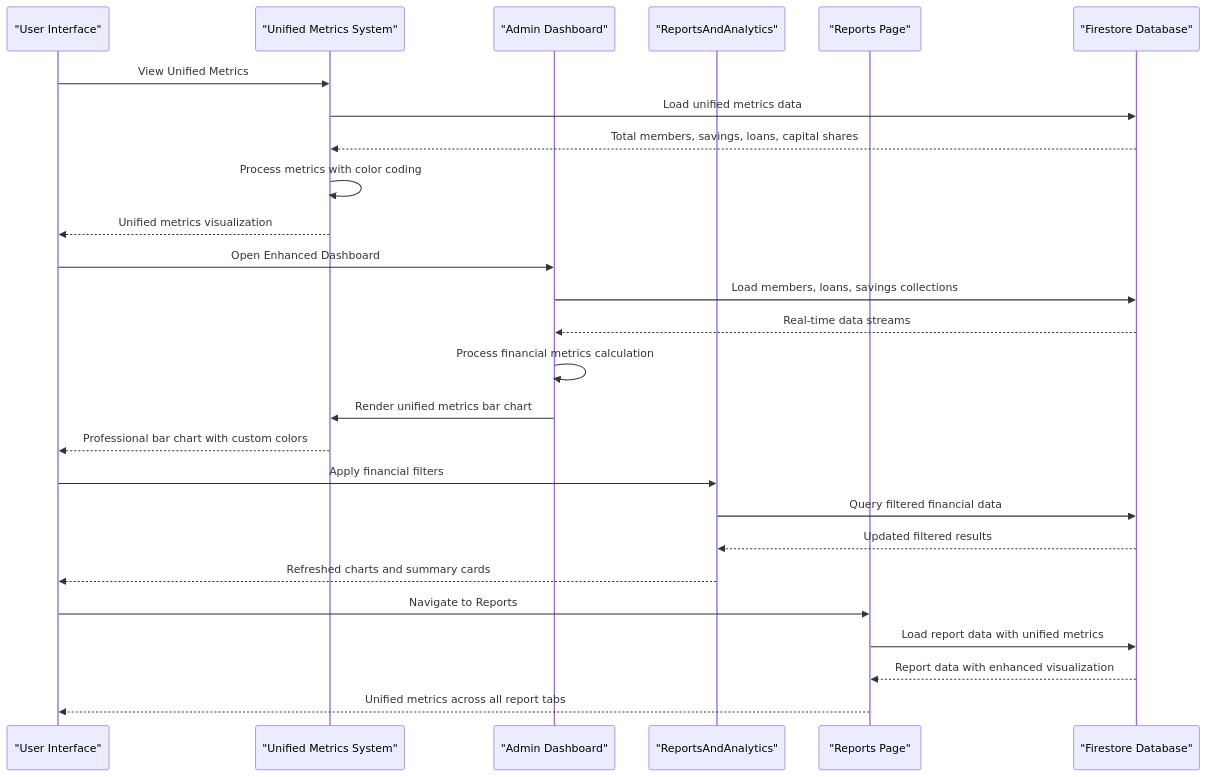
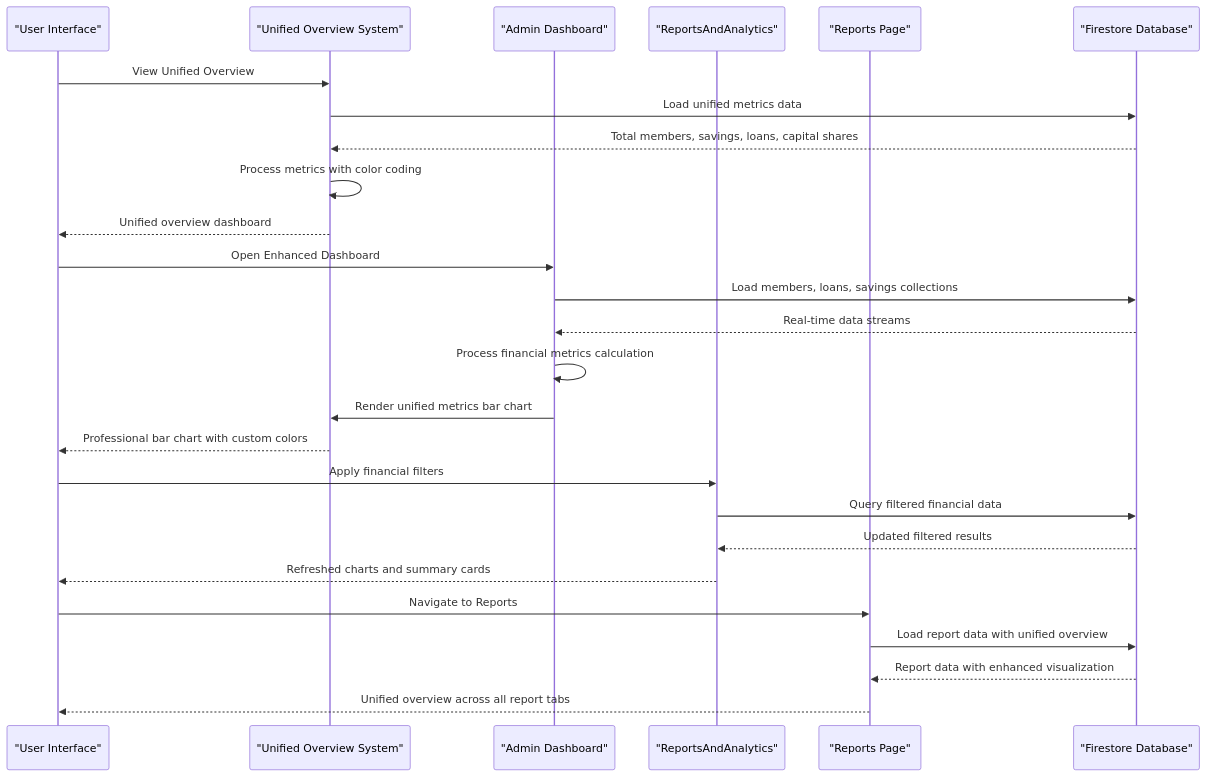
The second of 11 diagrams in .qoder/repowiki/en/content/Project Overview/Core Features & Functionality/Reporting & Analytics.md (Unsure-bry/sampacoop_system), drawn with Mermaid before and after one commit. The commit also changed other lines of this file and 6 other files, not shown here.

````diff
--- a/.qoder/repowiki/en/content/Project Overview/Core Features & Functionality/Reporting & Analytics.md
+++ b/.qoder/repowiki/en/content/Project Overview/Core Features & Functionality/Reporting & Analytics.md
@@ -250,28 +226,28 @@
 ```mermaid
 sequenceDiagram
 participant U as "User Interface"
-participant UMS as "Unified Metrics System"
+participant UOS as "Unified Overview System"
 participant AD as "Admin Dashboard"
 participant RNA as "ReportsAndAnalytics"
 participant RP as "Reports Page"
 participant FS as "Firestore Database"
-U->>UMS : View Unified Metrics
-UMS->>FS : Load unified metrics data
-FS-->>UMS : Total members, savings, loans, capital shares
-UMS->>UMS : Process metrics with color coding
-UMS-->>U : Unified metrics visualization
+U->>UOS : View Unified Overview
+UOS->>FS : Load unified metrics data
+FS-->>UOS : Total members, savings, loans, capital shares
+UOS->>UOS : Process metrics with color coding
+UOS-->>U : Unified overview dashboard
 U->>AD : Open Enhanced Dashboard
 AD->>FS : Load members, loans, savings collections
 FS-->>AD : Real-time data streams
 AD->>AD : Process financial metrics calculation
-AD->>UMS : Render unified metrics bar chart
-UMS-->>U : Professional bar chart with custom colors
+AD->>UOS : Render unified metrics bar chart
+UOS-->>U : Professional bar chart with custom colors
 U->>RNA : Apply financial filters
 RNA->>FS : Query filtered financial data
 FS-->>RNA : Updated filtered results
 RNA-->>U : Refreshed charts and summary cards
 U->>RP : Navigate to Reports
-RP->>FS : Load report data with unified metrics
+RP->>FS : Load report data with unified overview
 FS-->>RP : Report data with enhanced visualization
-RP-->>U : Unified metrics across all report tabs
+RP-->>U : Unified overview across all report tabs
 ```
````
